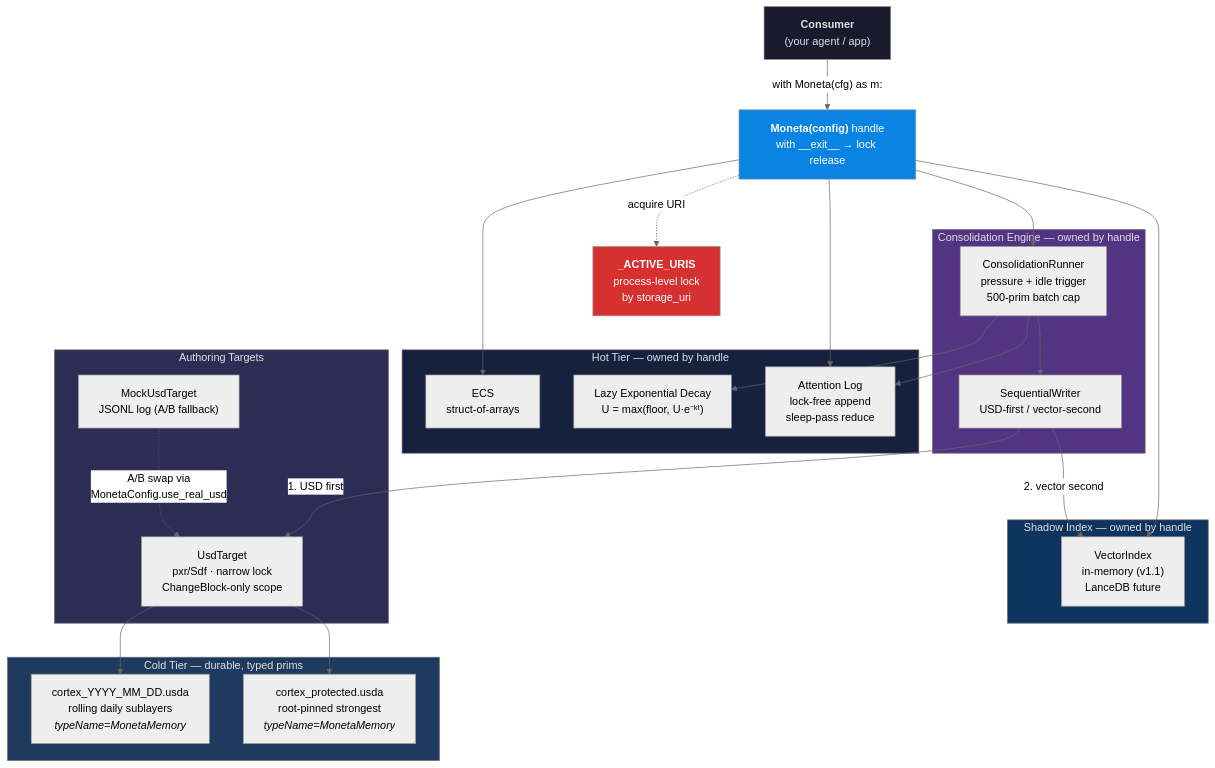
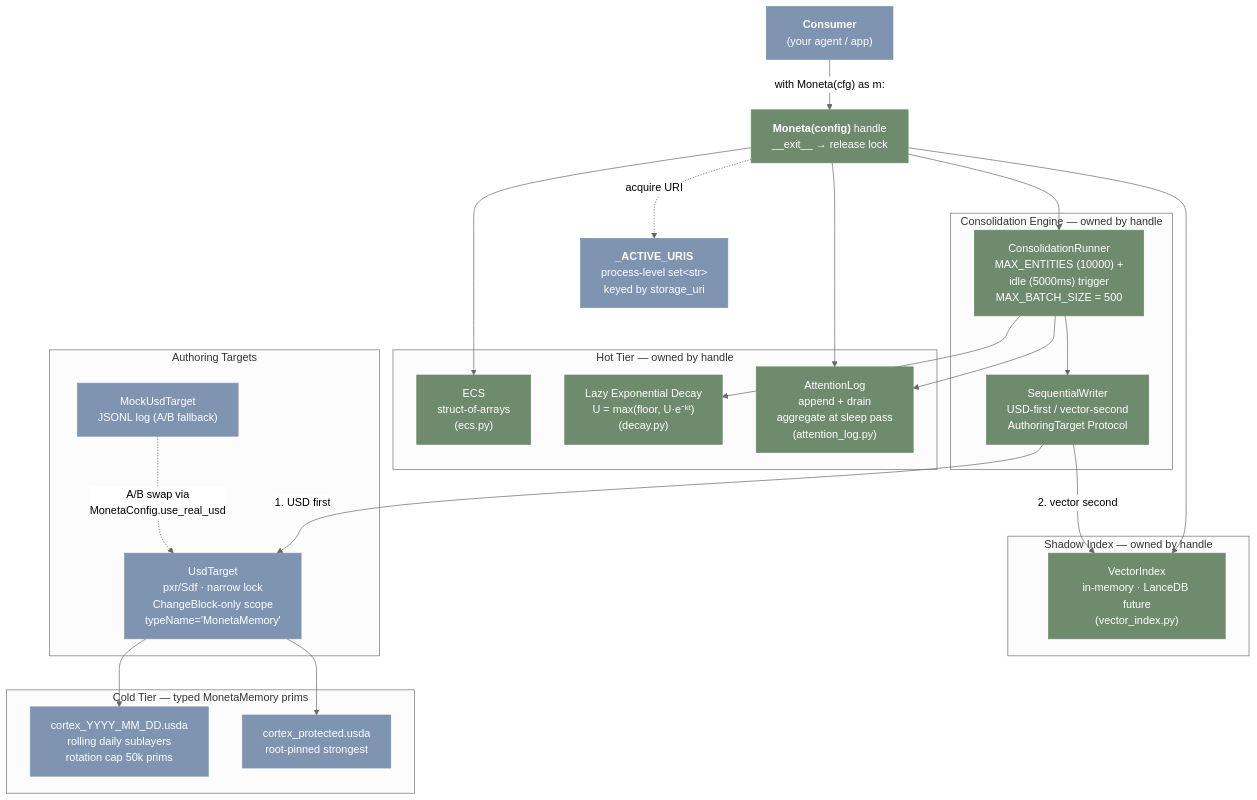
Before and after one commit to JosephOIbrahim/Moneta: the first of 8 diagrams in README.md, drawn with Mermaid (neutral theme). The commit also changed other lines of this file and 1 other file, not shown here.

````diff
--- a/README.md
+++ b/README.md
@@ -151,55 +155,52 @@
 ```mermaid
 graph TB
     consumer["<b>Consumer</b><br/>(your agent / app)"]
-    handle["<b>Moneta(config)</b> handle<br/>with __exit__ → lock release"]
-    registry["<b>_ACTIVE_URIS</b><br/>process-level lock<br/>by storage_uri"]
+    handle["<b>Moneta(config)</b> handle<br/>__exit__ → release lock"]
+    registry["<b>_ACTIVE_URIS</b><br/>process-level set&lt;str&gt;<br/>keyed by storage_uri"]
 
     subgraph hot["Hot Tier — owned by handle"]
-        ECS["ECS<br/>struct-of-arrays"]
-        Decay["Lazy Exponential Decay<br/>U = max(floor, U·e⁻ᵏᵗ)"]
-        AttLog["Attention Log<br/>lock-free append<br/>sleep-pass reduce"]
+        ECS["ECS<br/>struct-of-arrays<br/>(ecs.py)"]
+        Decay["Lazy Exponential Decay<br/>U = max(floor, U·e⁻ᵏᵗ)<br/>(decay.py)"]
+        AttLog["AttentionLog<br/>append + drain<br/>aggregate at sleep pass<br/>(attention_log.py)"]
     end
 
     subgraph shadow["Shadow Index — owned by handle"]
-        VecIdx["VectorIndex<br/>in-memory (v1.1)<br/>LanceDB future"]
+        VecIdx["VectorIndex<br/>in-memory · LanceDB future<br/>(vector_index.py)"]
     end
 
     subgraph consolidation["Consolidation Engine — owned by handle"]
-        Runner["ConsolidationRunner<br/>pressure + idle trigger<br/>500-prim batch cap"]
-        SeqWriter["SequentialWriter<br/>USD-first / vector-second"]
+        Runner["ConsolidationRunner<br/>MAX_ENTITIES (10000) +<br/>idle (5000ms) trigger<br/>MAX_BATCH_SIZE = 500"]
+        SeqWriter["SequentialWriter<br/>USD-first / vector-second<br/>AuthoringTarget Protocol"]
     end
 
     subgraph targets["Authoring Targets"]
-        Real["UsdTarget<br/>pxr/Sdf · narrow lock<br/>ChangeBlock-only scope"]
+        Real["UsdTarget<br/>pxr/Sdf · narrow lock<br/>ChangeBlock-only scope<br/>typeName='MonetaMemory'"]
         Mock["MockUsdTarget<br/>JSONL log (A/B fallback)"]
     end
 
-    subgraph cold["Cold Tier — durable, typed prims"]
-        Rolling["cortex_YYYY_MM_DD.usda<br/>rolling daily sublayers<br/><i>typeName=MonetaMemory</i>"]
-        Protected["cortex_protected.usda<br/>root-pinned strongest<br/><i>typeName=MonetaMemory</i>"]
+    subgraph cold["Cold Tier — typed MonetaMemory prims"]
+        Rolling["cortex_YYYY_MM_DD.usda<br/>rolling daily sublayers<br/>rotation cap 50k prims"]
+        Protected["cortex_protected.usda<br/>root-pinned strongest"]
     end
 
     consumer -->|"with Moneta(cfg) as m:"| handle
     handle -.->|"acquire URI"| registry
     handle --> ECS
     handle --> AttLog
     handle --> VecIdx
     handle --> Runner
     Runner --> AttLog
     Runner --> Decay
     Runner --> SeqWriter
     SeqWriter -->|"1. USD first"| Real
     SeqWriter -->|"2. vector second"| VecIdx
     Real --> Rolling
     Real --> Protected
     Mock -.->|"A/B swap via<br/>MonetaConfig.use_real_usd"| Real
 
-    style consumer fill:#1a1a2e,color:#e0e0e0
-    style handle fill:#0984e3,color:#fff
-    style registry fill:#d63031,color:#fff
-    style hot fill:#16213e,color:#e0e0e0
-    style shadow fill:#0f3460,color:#e0e0e0
-    style consolidation fill:#533483,color:#e0e0e0
-    style targets fill:#2c2c54,color:#e0e0e0
-    style cold fill:#1e3a5f,color:#e0e0e0
+    classDef green fill:#6E8B6E,color:#fff,stroke:#6E8B6E
+    classDef blue fill:#7E94B0,color:#fff,stroke:#7E94B0
+
+    class handle,ECS,Decay,AttLog,VecIdx,Runner,SeqWriter green
+    class consumer,registry,Real,Mock,Rolling,Protected blue
 ```
````
